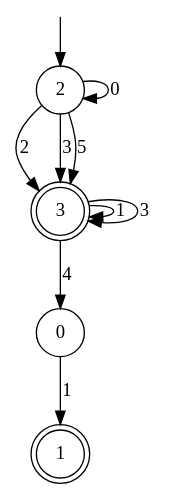
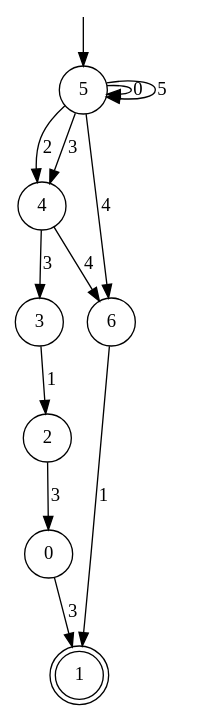
Before and after one commit to xinqin23/ShapeIt: the diagram in automaton_to_regex/automaton.dot, drawn with Graphviz. The commit also changed 1 other file, not shown here.

```diff
--- a/automaton_to_regex/automaton.dot
+++ b/automaton_to_regex/automaton.dot
@@ -1,19 +1,25 @@
 digraph g {
 
 	s0 [shape="circle" label="0"];
 	s1 [shape="doublecircle" label="1"];
 	s2 [shape="circle" label="2"];
-	s3 [shape="doublecircle" label="3"];
-	s0 -> s1 [label="1"];
-	s2 -> s2 [label="0"];
-	s2 -> s3 [label="2"];
-	s2 -> s3 [label="3"];
-	s2 -> s3 [label="5"];
-	s3 -> s3 [label="1"];
-	s3 -> s3 [label="3"];
-	s3 -> s0 [label="4"];
+	s3 [shape="circle" label="3"];
+	s4 [shape="circle" label="4"];
+	s5 [shape="circle" label="5"];
+	s6 [shape="circle" label="6"];
+	s0 -> s1 [label="3"];
+	s2 -> s0 [label="3"];
+	s3 -> s2 [label="1"];
+	s4 -> s3 [label="3"];
+	s4 -> s6 [label="4"];
+	s5 -> s5 [label="0"];
+	s5 -> s4 [label="2"];
+	s5 -> s4 [label="3"];
+	s5 -> s6 [label="4"];
+	s5 -> s5 [label="5"];
+	s6 -> s1 [label="1"];
 
 __start0 [label="" shape="none" width="0" height="0"];
-__start0 -> s2;
+__start0 -> s5;
 
 }
```
